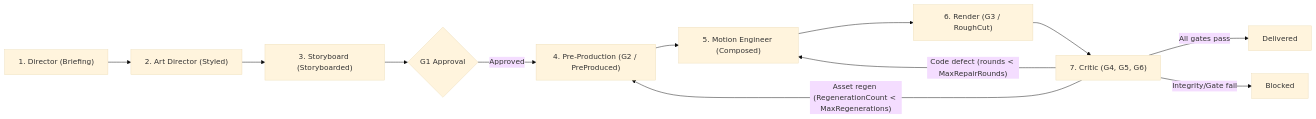
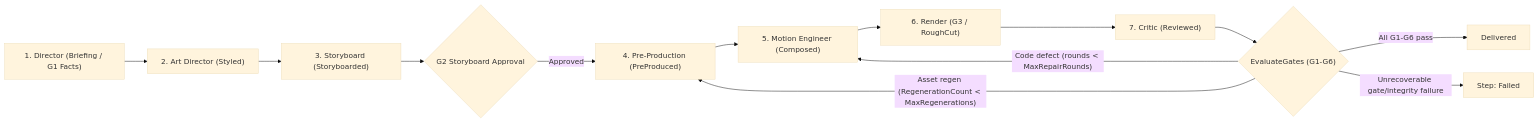
Before and after one commit to MemberJunction/MJ: the diagram in guides/VIDEO_STUDIO_GUIDE.md, drawn with Mermaid (base theme). The commit also changed other lines of this file and 1 other file, not shown here.

````diff
--- a/guides/VIDEO_STUDIO_GUIDE.md
+++ b/guides/VIDEO_STUDIO_GUIDE.md
@@ -38,14 +38,15 @@
 ```mermaid
 flowchart LR
-  D["1. Director (Briefing)"] --> AD["2. Art Director (Styled)"]
+  D["1. Director (Briefing / G1 Facts)"] --> AD["2. Art Director (Styled)"]
   AD --> SB["3. Storyboard (Storyboarded)"]
-  SB --> G1{"G1 Approval"}
-  G1 -- "Approved" --> PP["4. Pre-Production (G2 / PreProduced)"]
+  SB --> G2{"G2 Storyboard Approval"}
+  G2 -- "Approved" --> PP["4. Pre-Production (PreProduced)"]
   PP --> ME["5. Motion Engineer (Composed)"]
   ME --> RN["6. Render (G3 / RoughCut)"]
-  RN --> CR["7. Critic (G4, G5, G6)"]
-  CR -- "All gates pass" --> DEL["Delivered"]
-  CR -- "Code defect (rounds < MaxRepairRounds)" --> ME
-  CR -- "Asset regen (RegenerationCount < MaxRegenerations)" --> PP
-  CR -- "Integrity/Gate fail" --> BLK["Blocked"]
+  RN --> CR["7. Critic (Reviewed)"]
+  CR --> EV{"EvaluateGates (G1-G6)"}
+  EV -- "All G1-G6 pass" --> DEL["Delivered"]
+  EV -- "Code defect (rounds < MaxRepairRounds)" --> ME
+  EV -- "Asset regen (RegenerationCount < MaxRegenerations)" --> PP
+  EV -- "Unrecoverable gate/integrity failure" --> FLD["Step: Failed"]
 ```
````
